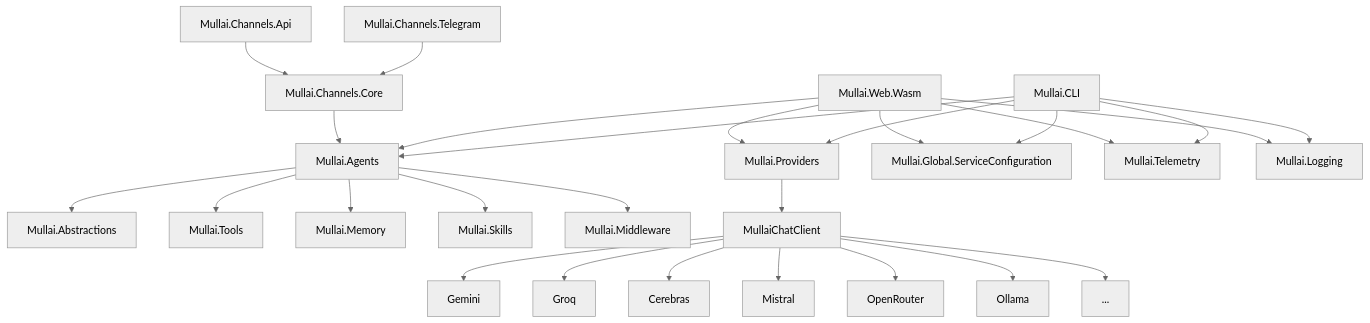
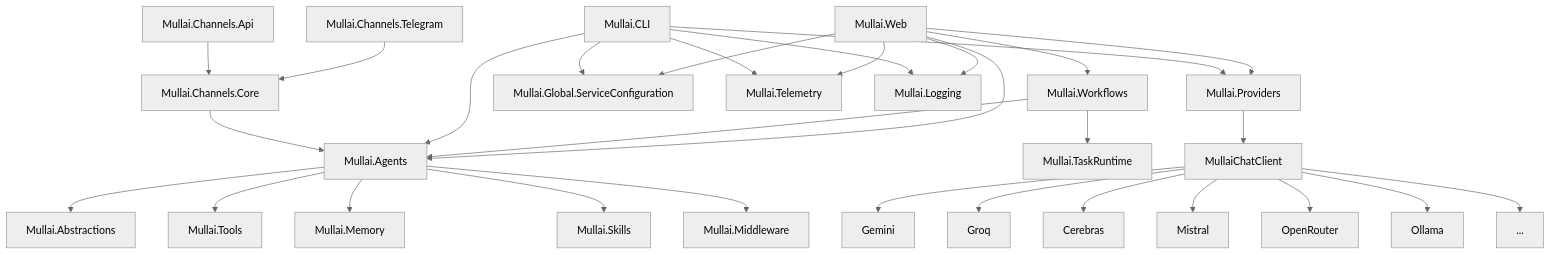
Before and after one commit to agentmatters/mullai-bot: the diagram in README.md, drawn with Mermaid (neutral theme). The commit also changed other lines of this file and 1 other file, not shown here.

````diff
--- a/README.md
+++ b/README.md
@@ -113,33 +126,37 @@
 ```mermaid
 graph TD;
     Agents[Mullai.Agents] --> Abstractions[Mullai.Abstractions];
     Agents --> Tools[Mullai.Tools];
     Agents --> Memory[Mullai.Memory];
     Agents --> Skills[Mullai.Skills];
     Agents --> Middleware[Mullai.Middleware];
     
-    Host[Mullai.CLI] --> Agents;
-    Host --> Providers[Mullai.Providers];
-    Host --> Config[Mullai.Global.ServiceConfiguration];
-    Host --> Telemetry[Mullai.Telemetry];
-    Host --> Logging[Mullai.Logging];
+    Web[Mullai.Web] --> Agents;
+    Web --> Workflows[Mullai.Workflows];
+    Web --> Providers[Mullai.Providers];
+    Web --> Config[Mullai.Global.ServiceConfiguration];
+    Web --> Telemetry[Mullai.Telemetry];
+    Web --> Logging[Mullai.Logging];
+
+    Workflows --> TaskRuntime[Mullai.TaskRuntime];
+    Workflows --> Agents;
     
-    Web[Mullai.Web.Wasm] --> Agents;
-    Web --> Providers;
-    Web --> Config;
-    Web --> Telemetry;
-    Web --> Logging;
+    CLI[Mullai.CLI] --> Agents;
+    CLI --> Providers;
+    CLI --> Config;
+    CLI --> Telemetry;
+    CLI --> Logging;
 
     Providers --> MullaiChatClient[MullaiChatClient];
     MullaiChatClient --> Gemini[Gemini];
     MullaiChatClient --> Groq[Groq];
     MullaiChatClient --> Cerebras[Cerebras];
     MullaiChatClient --> Mistral[Mistral];
     MullaiChatClient --> OpenRouter[OpenRouter];
     MullaiChatClient --> Ollama[Ollama];
     MullaiChatClient --> More[...];
 
     ChannelsCore[Mullai.Channels.Core] --> Agents;
     ChannelsTelegram[Mullai.Channels.Telegram] --> ChannelsCore;
     ChannelsApi[Mullai.Channels.Api] --> ChannelsCore;
 ```
````
